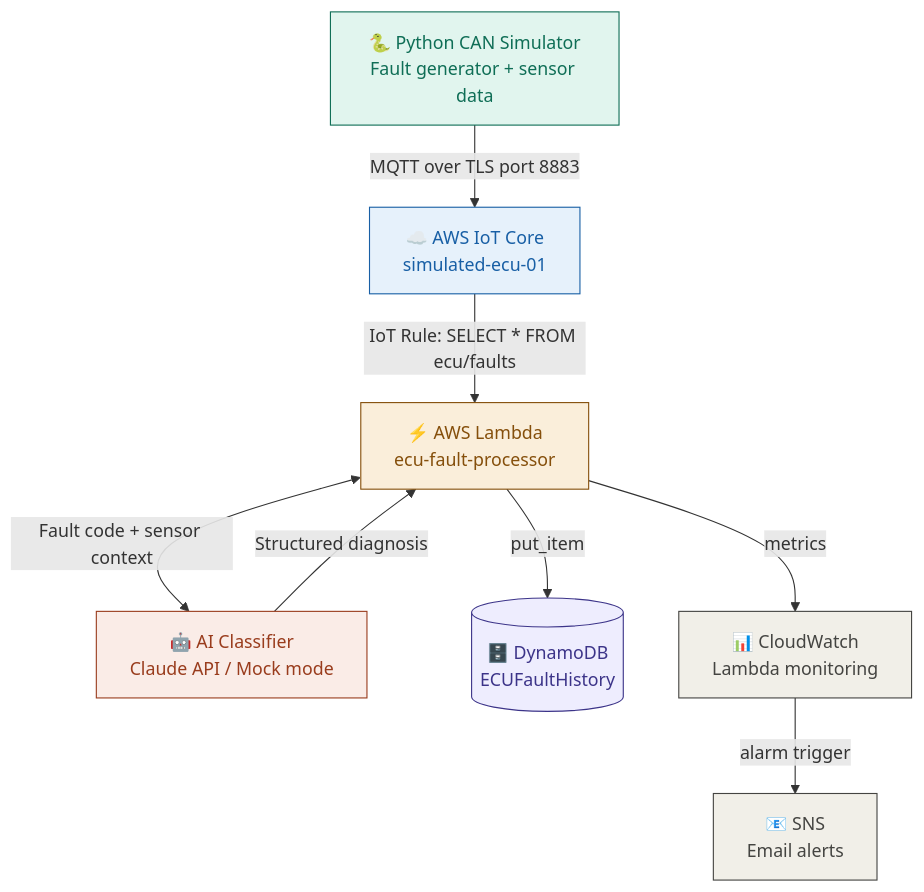
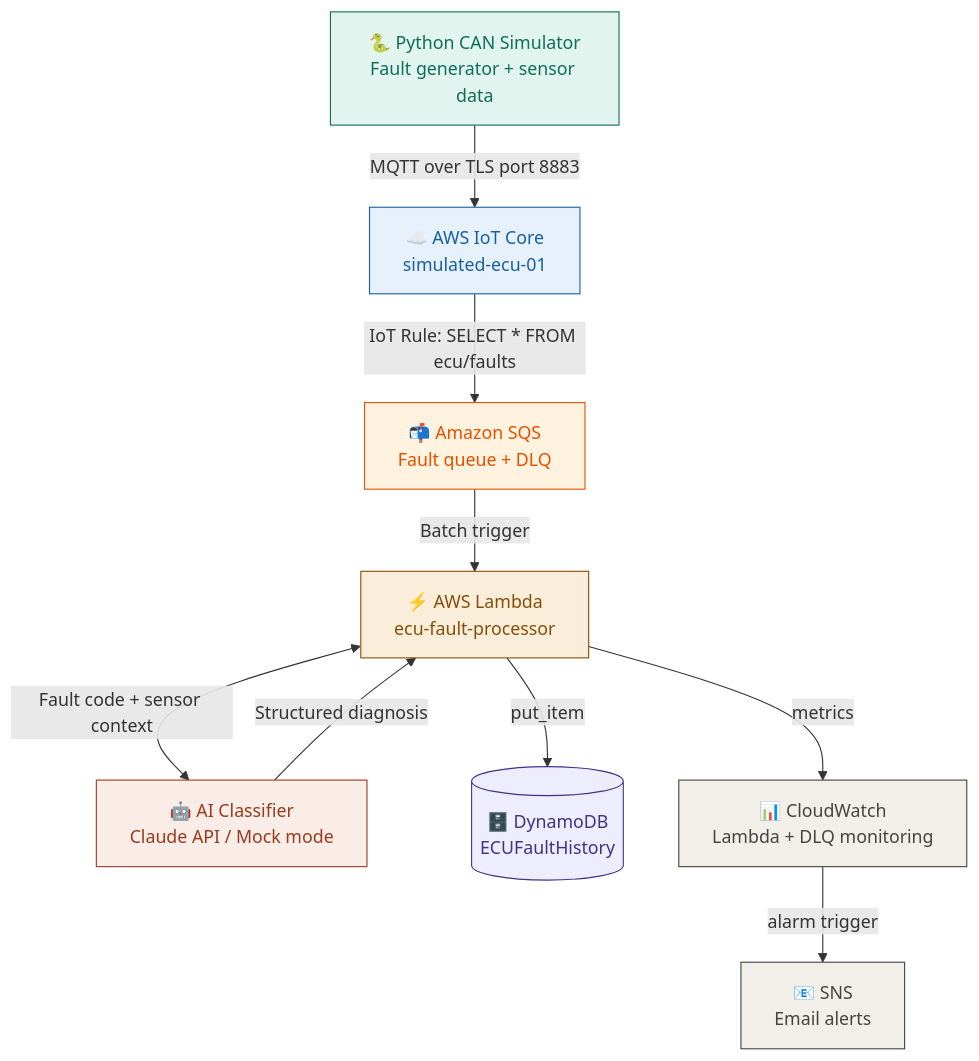
One commit to Ishcloud09/ecu-fault-diagnostics changed the diagram in README.md. Above: the diagram before and after it, drawn with Mermaid. The commit also changed other lines of this file and 3 other files, not shown here.

Commit message:
Add SQS buffer between IoT Core and Lambda - fleet-scale resilience with DLQ. Update README with fleet telemetry framing and 348 records

````diff
--- a/README.md
+++ b/README.md
@@ -17,18 +19,20 @@
 ```mermaid
 flowchart TD
     A["🐍 Python CAN Simulator\nFault generator + sensor data"] -->|MQTT over TLS port 8883| B["☁️ AWS IoT Core\nsimulated-ecu-01"]
-    B -->|IoT Rule: SELECT * FROM ecu/faults| C["⚡ AWS Lambda\necu-fault-processor"]
-    C <-->|Fault code + sensor context| D["🤖 AI Classifier\nClaude API / Mock mode"]
-    D -->|Structured diagnosis| C
-    C -->|put_item| E[("🗄️ DynamoDB\nECUFaultHistory")]
-    C -->|metrics| F["📊 CloudWatch\nLambda monitoring"]
-    F -->|alarm trigger| G["📧 SNS\nEmail alerts"]
+    B -->|IoT Rule: SELECT * FROM ecu/faults| C["📬 Amazon SQS\nFault queue + DLQ"]
+    C -->|Batch trigger| D["⚡ AWS Lambda\necu-fault-processor"]
+    D <-->|Fault code + sensor context| E["🤖 AI Classifier\nClaude API / Mock mode"]
+    E -->|Structured diagnosis| D
+    D -->|put_item| F[("🗄️ DynamoDB\nECUFaultHistory")]
+    D -->|metrics| G["📊 CloudWatch\nLambda + DLQ monitoring"]
+    G -->|alarm trigger| H["📧 SNS\nEmail alerts"]
 
     style A fill:#E1F5EE,stroke:#0F6E56,color:#0F6E56
     style B fill:#E6F1FB,stroke:#185FA5,color:#185FA5
-    style C fill:#FAEEDA,stroke:#854F0B,color:#854F0B
-    style D fill:#FAECE7,stroke:#993C1D,color:#993C1D
-    style E fill:#EEEDFE,stroke:#3C3489,color:#3C3489
-    style F fill:#F1EFE8,stroke:#444441,color:#444441
+    style C fill:#FFF3E0,stroke:#E65100,color:#E65100
+    style D fill:#FAEEDA,stroke:#854F0B,color:#854F0B
+    style E fill:#FAECE7,stroke:#993C1D,color:#993C1D
+    style F fill:#EEEDFE,stroke:#3C3489,color:#3C3489
     style G fill:#F1EFE8,stroke:#444441,color:#444441
+    style H fill:#F1EFE8,stroke:#444441,color:#444441
 ```
````
